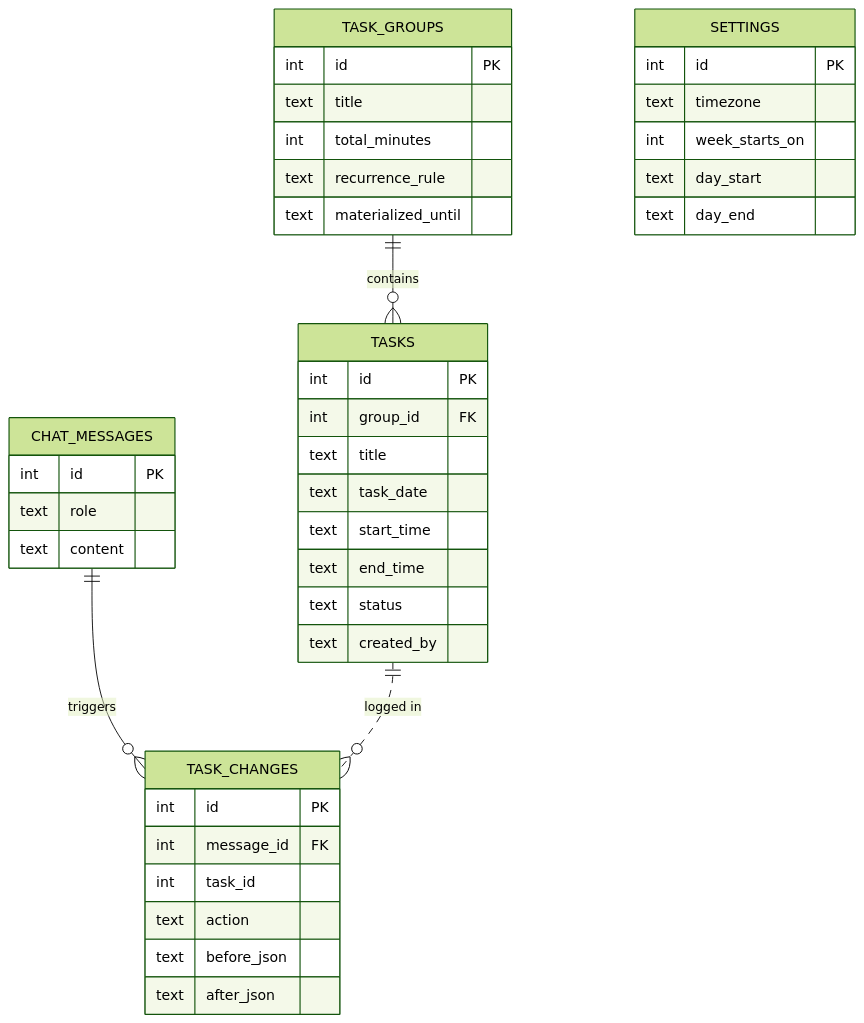
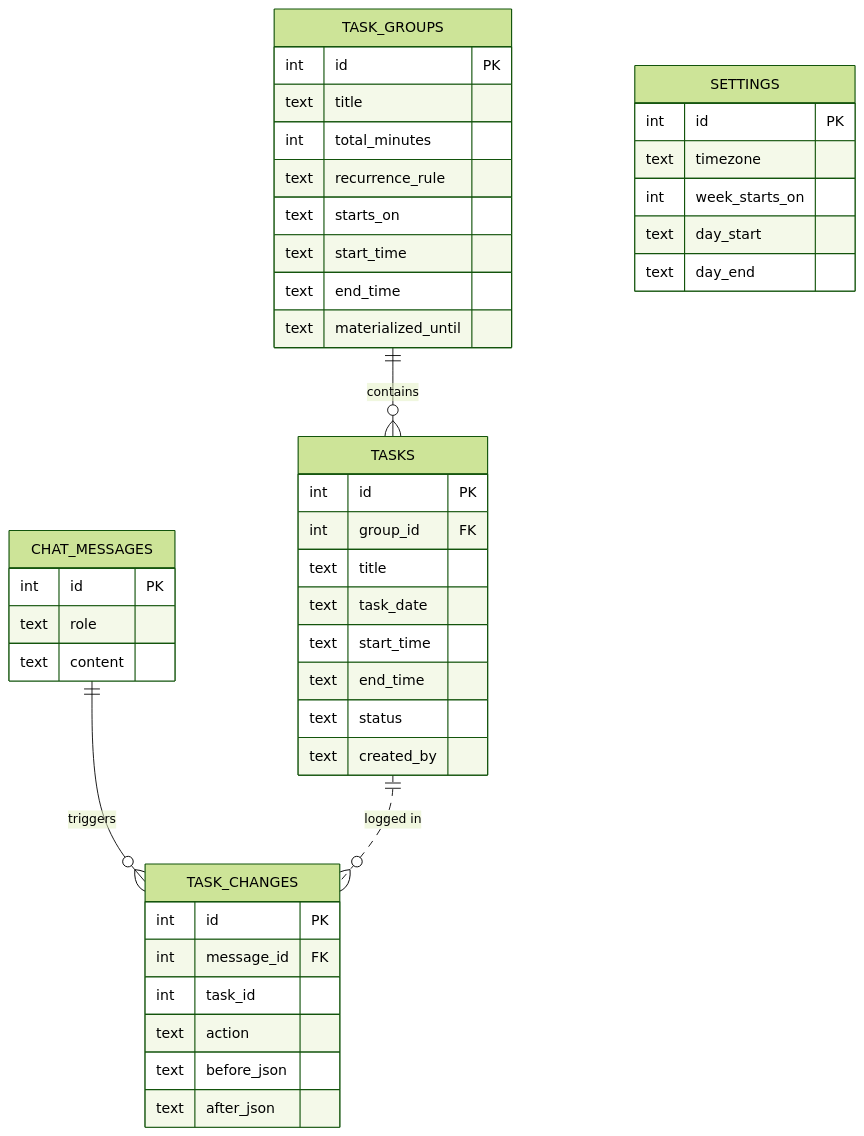
Before and after one commit to Shjpr9/xWeek: the diagram in README.md, drawn with Mermaid (forest theme). The commit also changed other lines of this file and 44 other files, not shown here.

````diff
--- a/README.md
+++ b/README.md
@@ -58,44 +58,47 @@
 ```mermaid
 erDiagram
     TASK_GROUPS ||--o{ TASKS : contains
     CHAT_MESSAGES ||--o{ TASK_CHANGES : triggers
     TASKS ||..o{ TASK_CHANGES : "logged in"
 
     TASK_GROUPS {
         int id PK
         text title
         int total_minutes
         text recurrence_rule
+        text starts_on
+        text start_time
+        text end_time
         text materialized_until
     }
     TASKS {
         int id PK
         int group_id FK
         text title
         text task_date
         text start_time
         text end_time
         text status
         text created_by
     }
     CHAT_MESSAGES {
         int id PK
         text role
         text content
     }
     TASK_CHANGES {
         int id PK
         int message_id FK
         int task_id
         text action
         text before_json
         text after_json
     }
     SETTINGS {
         int id PK
         text timezone
         int week_starts_on
         text day_start
         text day_end
     }
 ```
````
